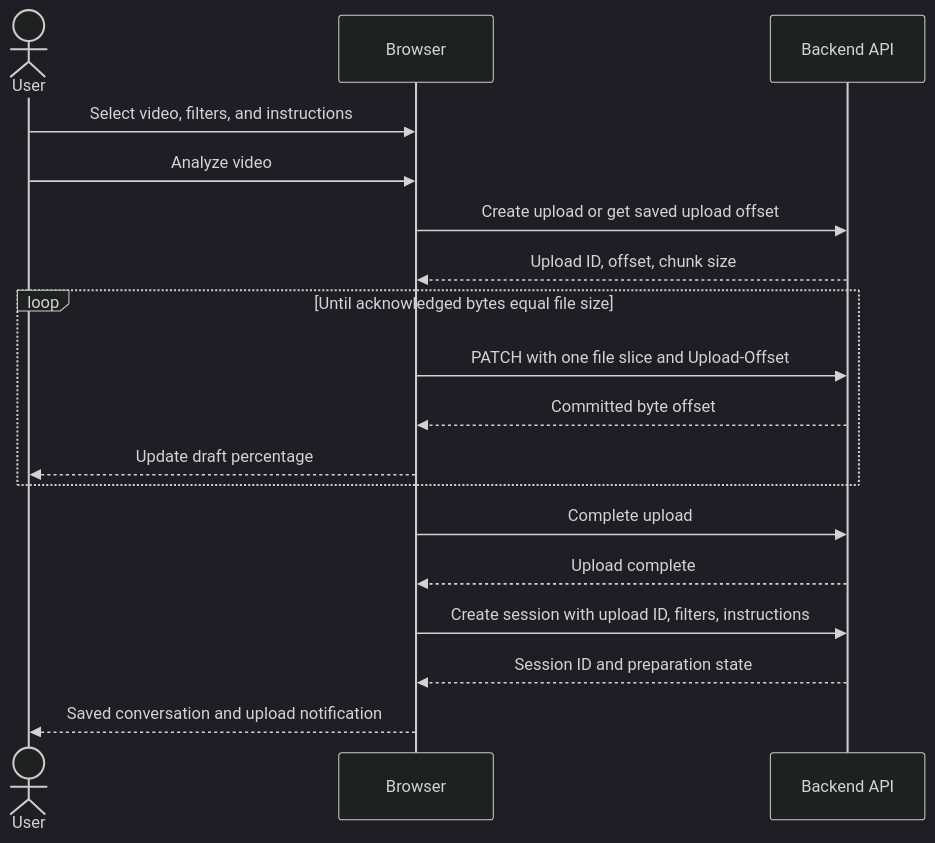
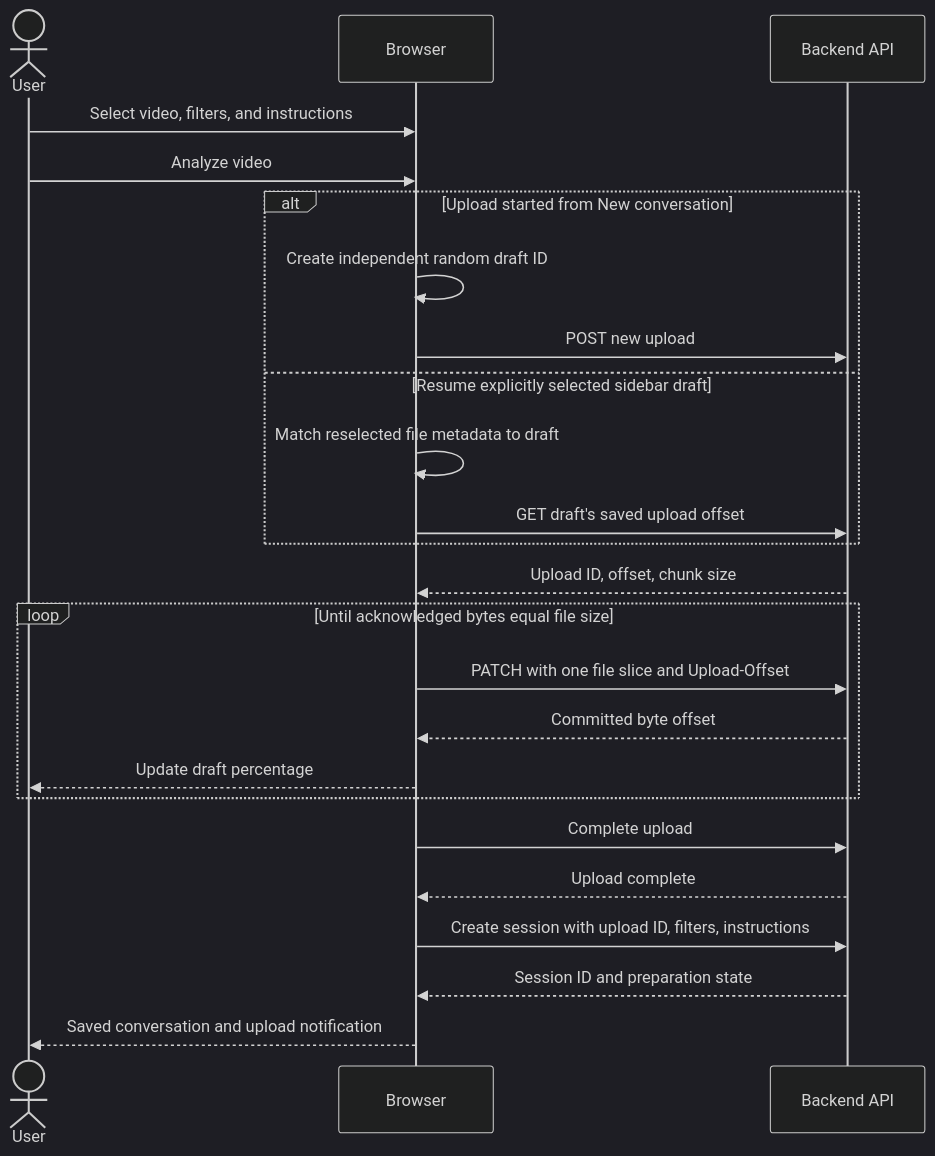
The fourth of 5 diagrams in docs/design/frontend-design.md (krishnakv24/Video-Analyzer-Agent), drawn with Mermaid (dark theme) before and after one commit. The commit also changed other lines of this file and 14 other files, not shown here.

````diff
--- a/docs/design/frontend-design.md
+++ b/docs/design/frontend-design.md
@@ -170,20 +204,26 @@
 ```mermaid
 sequenceDiagram
     actor User
     participant UI as Browser
     participant API as Backend API
     User->>UI: Select video, filters, and instructions
     User->>UI: Analyze video
-    UI->>API: Create upload or get saved upload offset
+    alt Upload started from New conversation
+        UI->>UI: Create independent random draft ID
+        UI->>API: POST new upload
+    else Resume explicitly selected sidebar draft
+        UI->>UI: Match reselected file metadata to draft
+        UI->>API: GET draft's saved upload offset
+    end
     API-->>UI: Upload ID, offset, chunk size
     loop Until acknowledged bytes equal file size
         UI->>API: PATCH with one file slice and Upload-Offset
         API-->>UI: Committed byte offset
         UI-->>User: Update draft percentage
     end
     UI->>API: Complete upload
     API-->>UI: Upload complete
     UI->>API: Create session with upload ID, filters, instructions
     API-->>UI: Session ID and preparation state
     UI-->>User: Saved conversation and upload notification
 ```
````
